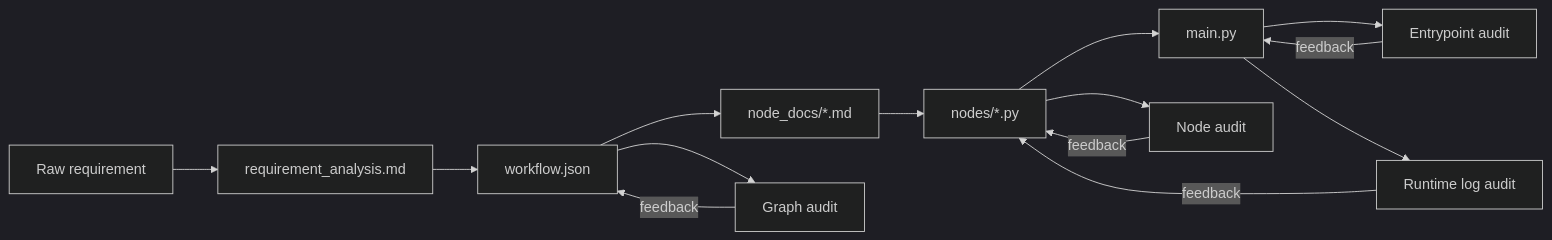
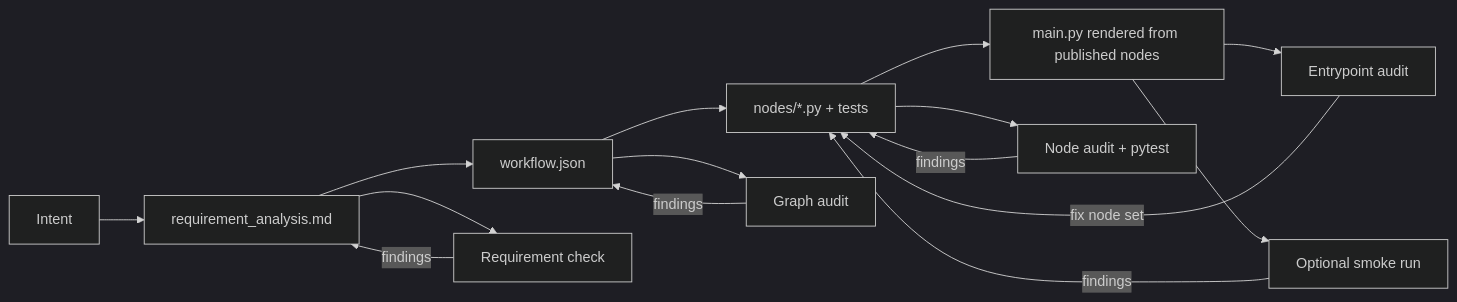
The second of 2 diagrams in README.md (AIpRoBuilder/FlowX), drawn with Mermaid (dark theme) before and after one commit. The commit also changed other lines of this file and 115 other files, not shown here.

Commit message:
restructure flowx as pure compiler & service runner

````diff
--- a/README.md
+++ b/README.md
@@ -523,18 +485,19 @@
 ```mermaid
 flowchart LR
-    A[Raw requirement] --> B[requirement_analysis.md]
+    A[Intent] --> B[requirement_analysis.md]
     B --> C[workflow.json]
-    C --> D[node_docs/*.md]
-    D --> E[nodes/*.py]
-    E --> F[main.py]
+    C --> E[nodes/*.py + tests]
+    E --> F[main.py rendered from published nodes]
 
+    B --> R[Requirement check]
     C --> G[Graph audit]
-    E --> H[Node audit]
+    E --> H[Node audit + pytest]
     F --> I[Entrypoint audit]
-    F --> J[Runtime log audit]
+    F --> J[Optional smoke run]
 
-    G -->|feedback| C
-    H -->|feedback| E
-    I -->|feedback| F
-    J -->|feedback| E
+    R -->|findings| B
+    G -->|findings| C
+    H -->|findings| E
+    I -->|fix node set| E
+    J -->|findings| E
 ```
````
